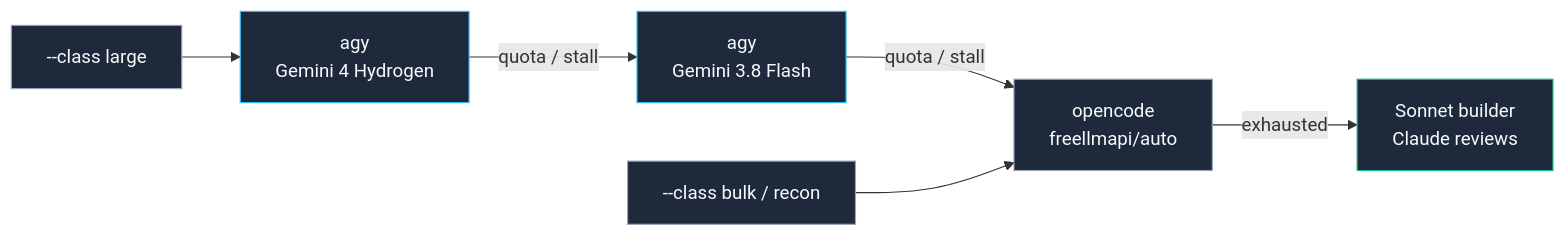
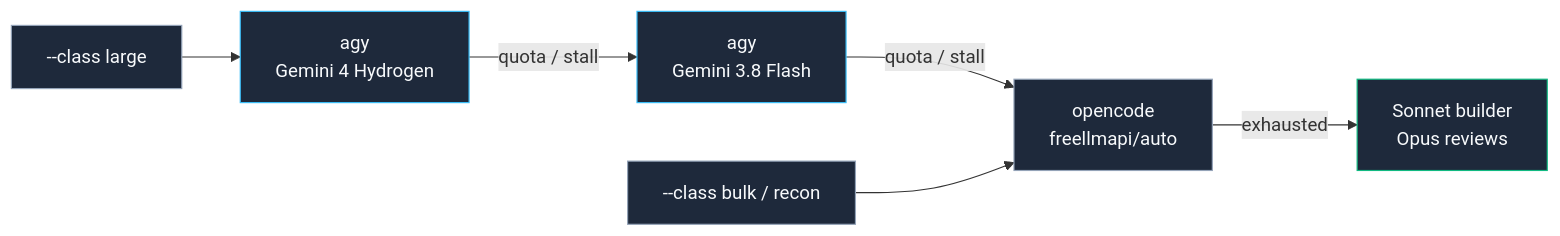
Before and after one commit to VihaanR/sprint-system: the second of 2 diagrams in README.md, drawn with Mermaid. The commit also changed other lines of this file and 13 other files, not shown here.

````diff
--- a/README.md
+++ b/README.md
@@ -95,15 +100,15 @@
 ```mermaid
 flowchart LR
     L["--class large"] --> H["agy<br/>Gemini 4 Hydrogen"]
     H -->|"quota / stall"| F["agy<br/>Gemini 3.8 Flash"]
     F -->|"quota / stall"| A["opencode<br/>freellmapi/auto"]
-    A -->|"exhausted"| CL["Sonnet builder<br/>Claude reviews"]
+    A -->|"exhausted"| CL["Sonnet builder<br/>Opus reviews"]
     B["--class bulk / recon"] --> A
 
     classDef agy fill:#1E293B,stroke:#38BDF8,color:#F8FAFC
     classDef free fill:#1E293B,stroke:#94A3B8,color:#F8FAFC
     classDef claude fill:#1E293B,stroke:#10B981,color:#F8FAFC
     class H,F agy
     class A,L,B free
     class CL claude
 ```
````
